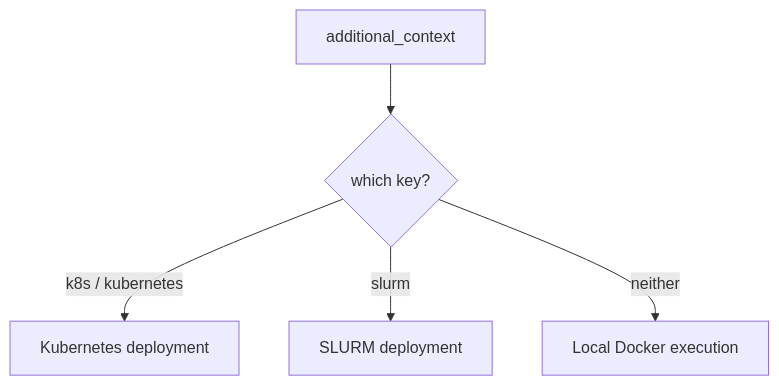
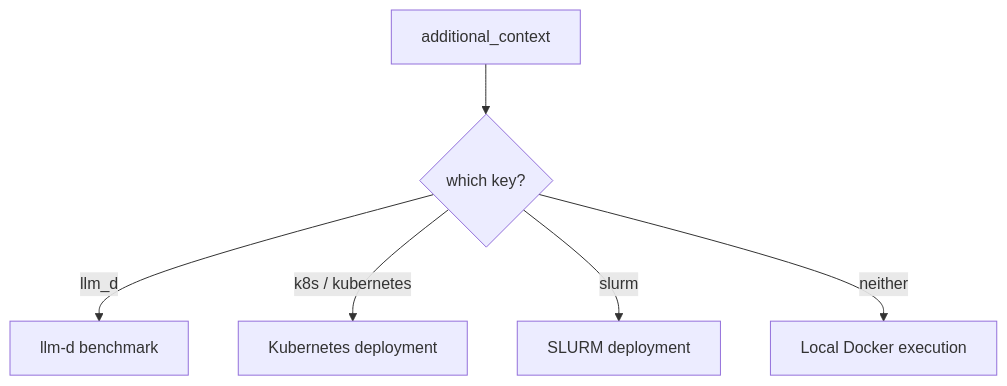
The third of 3 diagrams in README.md (ROCm/madengine), drawn with Mermaid before and after one commit. The commit also changed other lines of this file and 22 other files, not shown here.

````diff
--- a/README.md
+++ b/README.md
@@ -122,7 +122,8 @@
 ```mermaid
 flowchart TD
     A[additional_context] --> Q{which key?}
+    Q -->|llm_d| D[llm-d benchmark]
     Q -->|k8s / kubernetes| K[Kubernetes deployment]
     Q -->|slurm| S[SLURM deployment]
     Q -->|neither| L[Local Docker execution]
 ```
````
